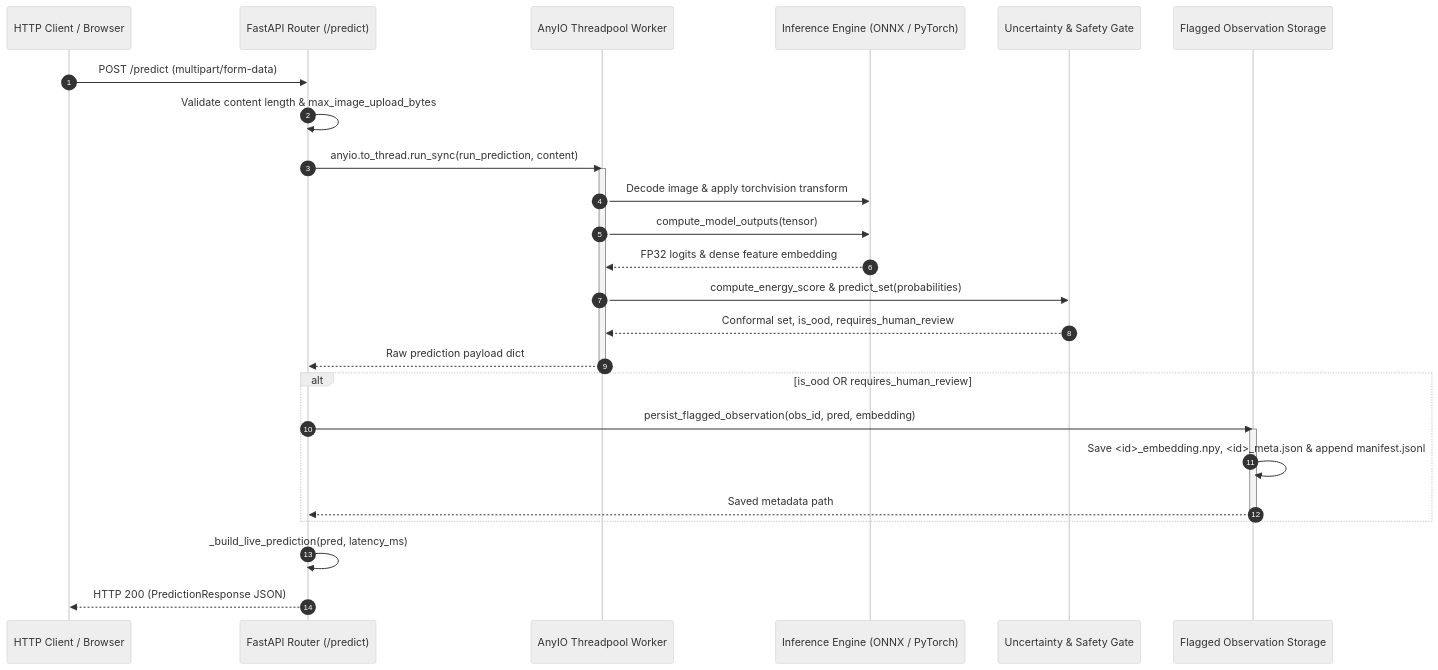
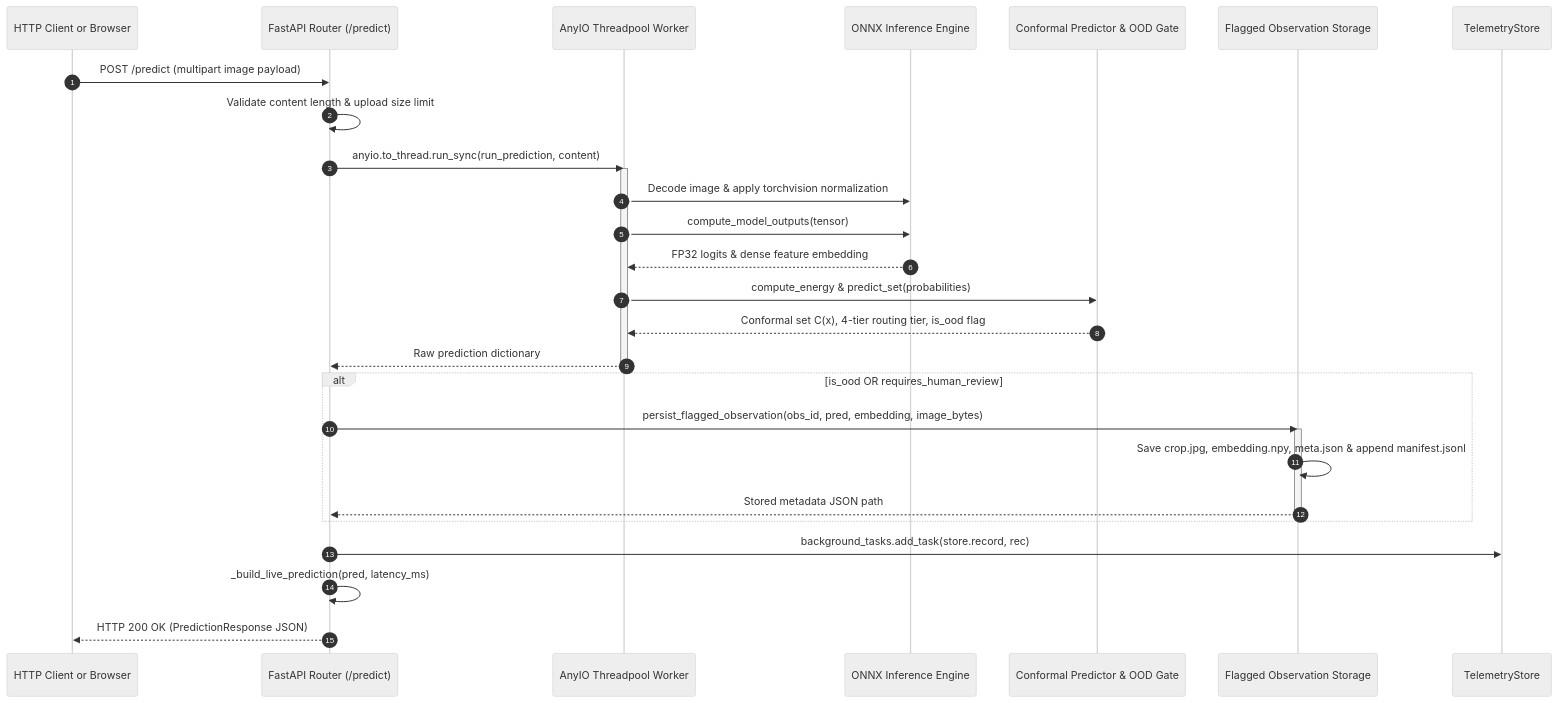
Before and after one commit to foersben/taxon-vision-mlops: the second of 4 diagrams in openwiki/operations/service-and-api.md, drawn with Mermaid (neutral theme). The commit also changed other lines of this file and 27 other files, not shown here.

````diff
--- a/openwiki/operations/service-and-api.md
+++ b/openwiki/operations/service-and-api.md
@@ -91,33 +183,35 @@
 ```mermaid
 sequenceDiagram
     autonumber
-    participant Client as HTTP Client / Browser
+    participant Client as HTTP Client or Browser
     participant Router as FastAPI Router (/predict)
     participant Worker as AnyIO Threadpool Worker
-    participant Engine as Inference Engine (ONNX / PyTorch)
-    participant Safety as Uncertainty & Safety Gate
+    participant Engine as ONNX Inference Engine
+    participant Conformal as Conformal Predictor & OOD Gate
     participant Storage as Flagged Observation Storage
+    participant Telemetry as TelemetryStore
 
-    Client->>Router: POST /predict (multipart/form-data)
-    Router->>Router: Validate content length & max_image_upload_bytes
+    Client->>Router: POST /predict (multipart image payload)
+    Router->>Router: Validate content length & upload size limit
     Router->>Worker: anyio.to_thread.run_sync(run_prediction, content)
     activate Worker
-    Worker->>Engine: Decode image & apply torchvision transform
+    Worker->>Engine: Decode image & apply torchvision normalization
     Worker->>Engine: compute_model_outputs(tensor)
     Engine-->>Worker: FP32 logits & dense feature embedding
-    Worker->>Safety: compute_energy_score & predict_set(probabilities)
-    Safety-->>Worker: Conformal set, is_ood, requires_human_review
-    Worker-->>Router: Raw prediction payload dict
+    Worker->>Conformal: compute_energy & predict_set(probabilities)
+    Conformal-->>Worker: Conformal set C(x), 4-tier routing tier, is_ood flag
+    Worker-->>Router: Raw prediction dictionary
     deactivate Worker
     
     alt is_ood OR requires_human_review
-        Router->>Storage: persist_flagged_observation(obs_id, pred, embedding)
+        Router->>Storage: persist_flagged_observation(obs_id, pred, embedding, image_bytes)
         activate Storage
-        Storage->>Storage: Save <id>_embedding.npy, <id>_meta.json & append manifest.jsonl
-        Storage-->>Router: Saved metadata path
+        Storage->>Storage: Save crop.jpg, embedding.npy, meta.json & append manifest.jsonl
+        Storage-->>Router: Stored metadata JSON path
         deactivate Storage
     end
 
+    Router->>Telemetry: background_tasks.add_task(store.record, rec)
     Router->>Router: _build_live_prediction(pred, latency_ms)
-    Router-->>Client: HTTP 200 (PredictionResponse JSON)
+    Router-->>Client: HTTP 200 OK (PredictionResponse JSON)
 ```
````
